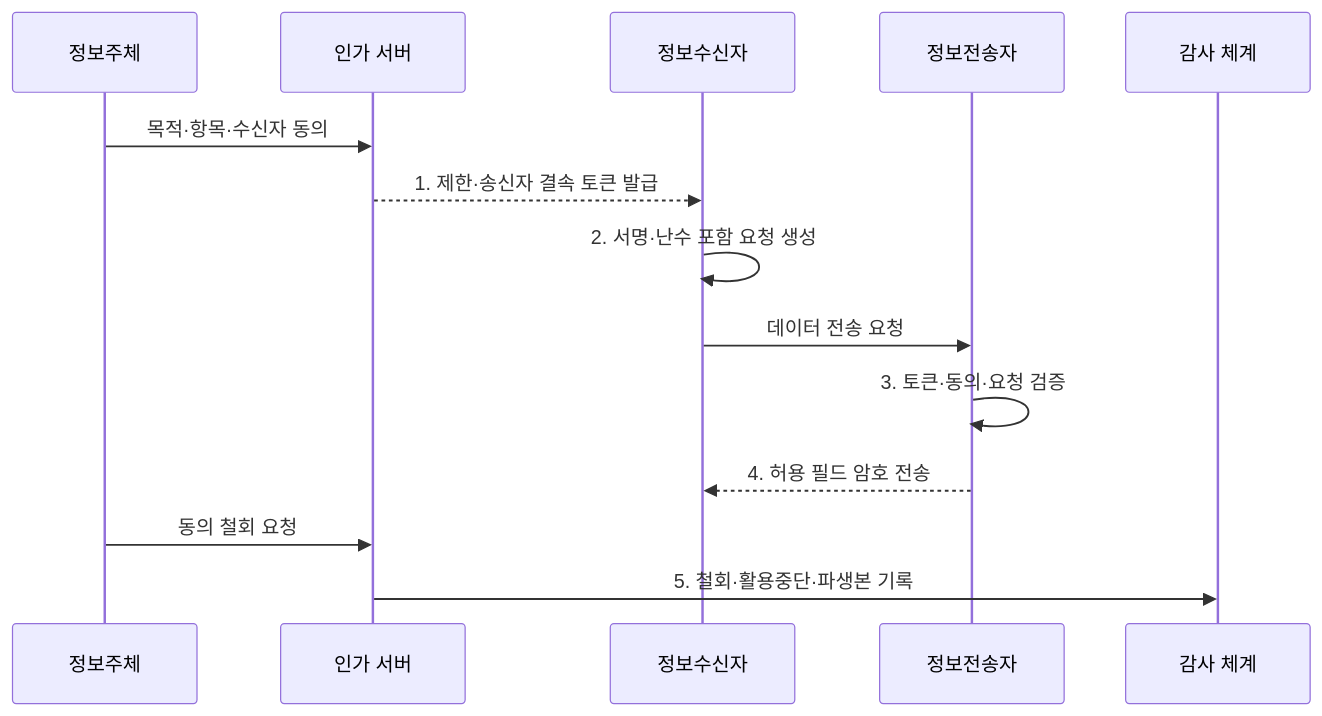
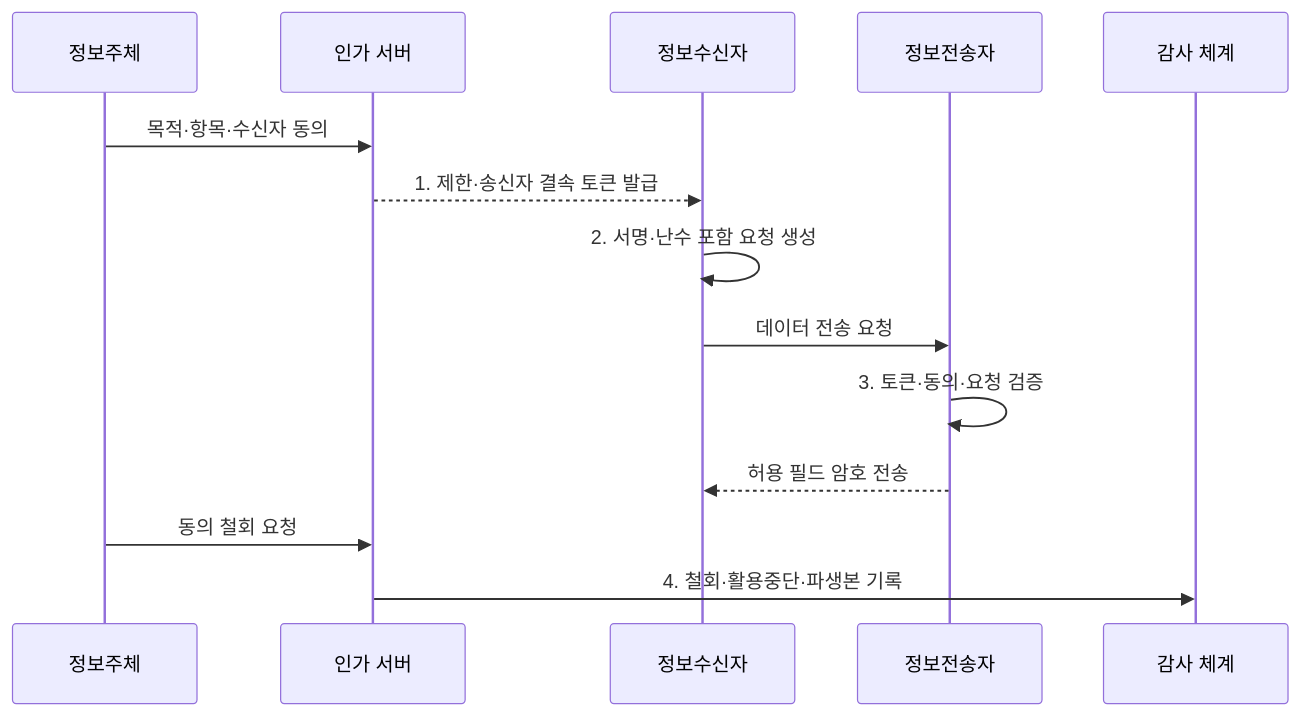
Before and after one commit to agnusdei1207/knowledge-base: the second of 2 diagrams in src/content/docs/notes/05-security/099_mydata_service_security.md, drawn with Mermaid. The commit also changed other lines of this file and 16 other files, not shown here.

````diff
--- a/src/content/docs/notes/05-security/099_mydata_service_security.md
+++ b/src/content/docs/notes/05-security/099_mydata_service_security.md
@@ -81,16 +81,16 @@
 ```mermaid
 sequenceDiagram
     participant U as 정보주체
     participant A as 인가 서버
     participant R as 정보수신자
     participant H as 정보전송자
     participant L as 감사 체계
     U->>A: 목적·항목·수신자 동의
     A-->>R: 1. 제한·송신자 결속 토큰 발급
     R->>R: 2. 서명·난수 포함 요청 생성
     R->>H: 데이터 전송 요청
     H->>H: 3. 토큰·동의·요청 검증
-    H-->>R: 4. 허용 필드 암호 전송
+    H-->>R: 허용 필드 암호 전송
     U->>A: 동의 철회 요청
-    A->>L: 5. 철회·활용중단·파생본 기록
+    A->>L: 4. 철회·활용중단·파생본 기록
 ```
````
